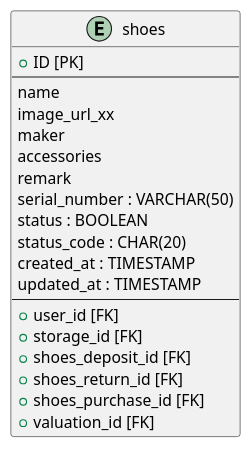
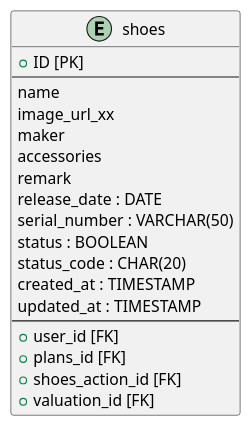
Before and after one commit to mybz-inc/sneaker: the diagram in db/shoes.pu, drawn with PlantUML. The commit also changed 13 other files, not shown here.

```diff
--- a/db/shoes.pu
+++ b/db/shoes.pu
@@ -1,23 +1,22 @@
 @startuml shoes
 entity shoes {
   + ID [PK]
   --
   name
   image_url_xx
   maker
   accessories
   remark
+  release_date : DATE
   serial_number : VARCHAR(50)
   status : BOOLEAN
   status_code : CHAR(20)
   created_at : TIMESTAMP
   updated_at : TIMESTAMP
   --
   + user_id [FK]
-  + storage_id [FK]
-  + shoes_deposit_id [FK]
-  + shoes_return_id [FK]
-  + shoes_purchase_id [FK]
+  + plans_id [FK]
+  + shoes_action_id [FK]
   + valuation_id [FK]
 }
 @enduml
```
